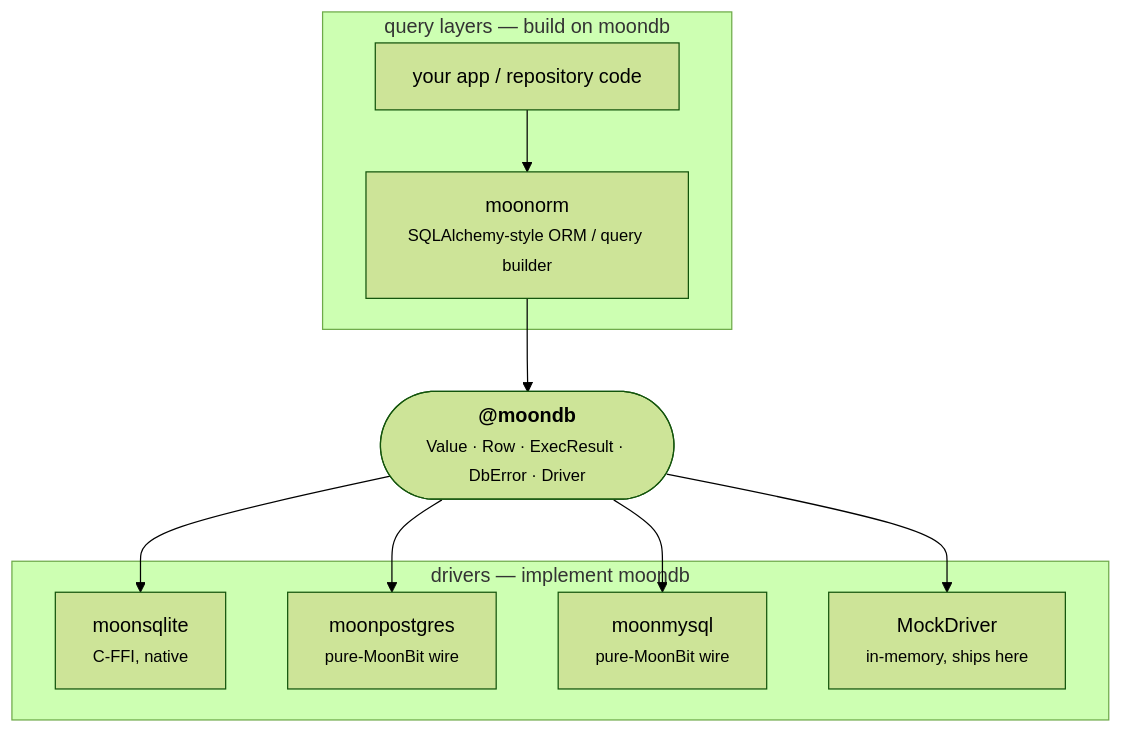
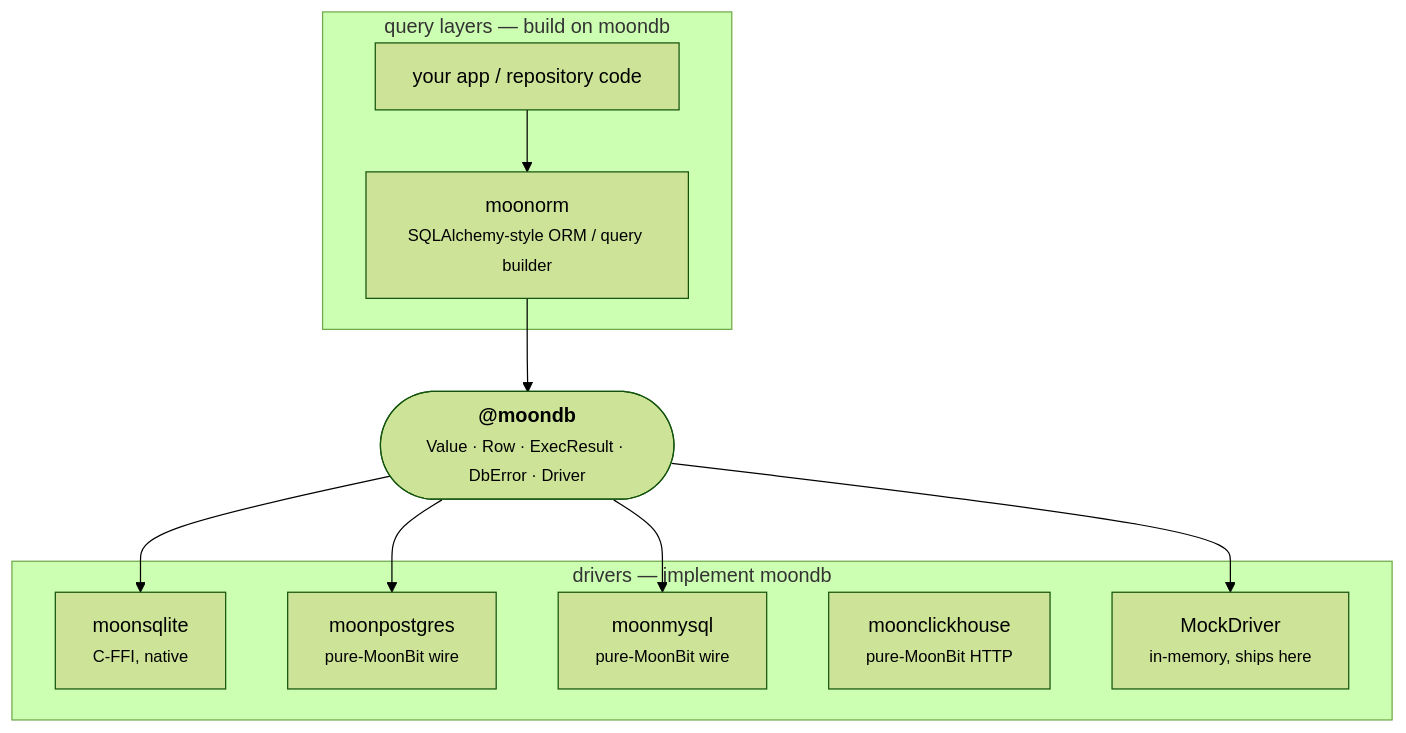
One commit to moonbitstack/moondb changed the diagram in README.md. Above: the diagram before and after it, drawn with Mermaid (forest theme). The commit also changed other lines of this file and 2 other files, not shown here.

````diff
--- a/README.md
+++ b/README.md
@@ -23,19 +23,20 @@
 ```mermaid
 flowchart TD
     subgraph layers["query layers — build on moondb"]
       ORM["moonorm<br/><small>SQLAlchemy-style ORM / query builder</small>"]
       APP["your app / repository code"]
     end
     IFACE(["<b>@moondb</b><br/><small>Value · Row · ExecResult · DbError · Driver</small>"])
     subgraph drivers["drivers — implement moondb"]
       SQLITE["moonsqlite<br/><small>C-FFI, native</small>"]
       PG["moonpostgres<br/><small>pure-MoonBit wire</small>"]
       MYSQL["moonmysql<br/><small>pure-MoonBit wire</small>"]
+      CH["moonclickhouse<br/><small>pure-MoonBit HTTP</small>"]
       MOCK["MockDriver<br/><small>in-memory, ships here</small>"]
     end
     APP --> ORM --> IFACE
     IFACE --> SQLITE
     IFACE --> PG
     IFACE --> MYSQL
     IFACE --> MOCK
 ```
````
